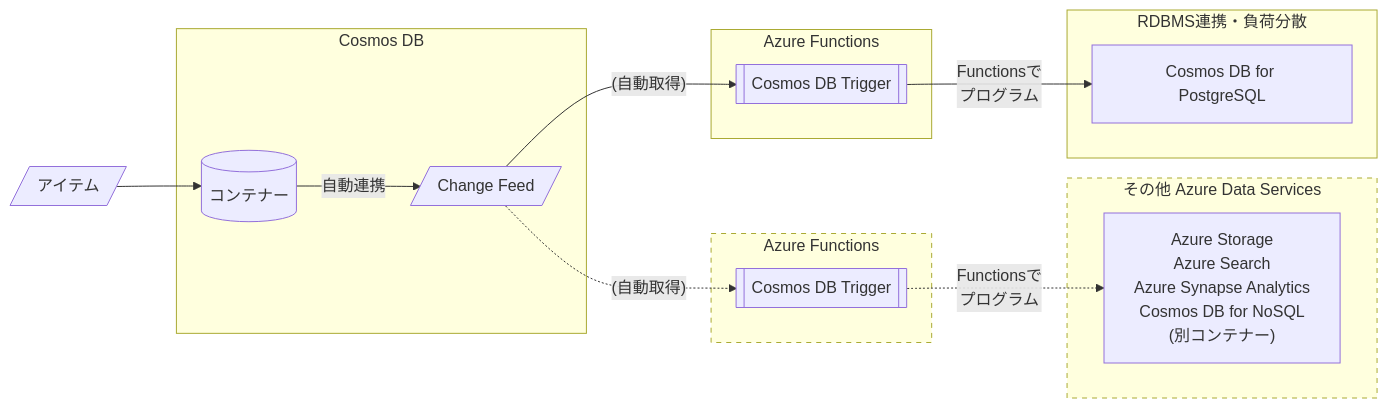
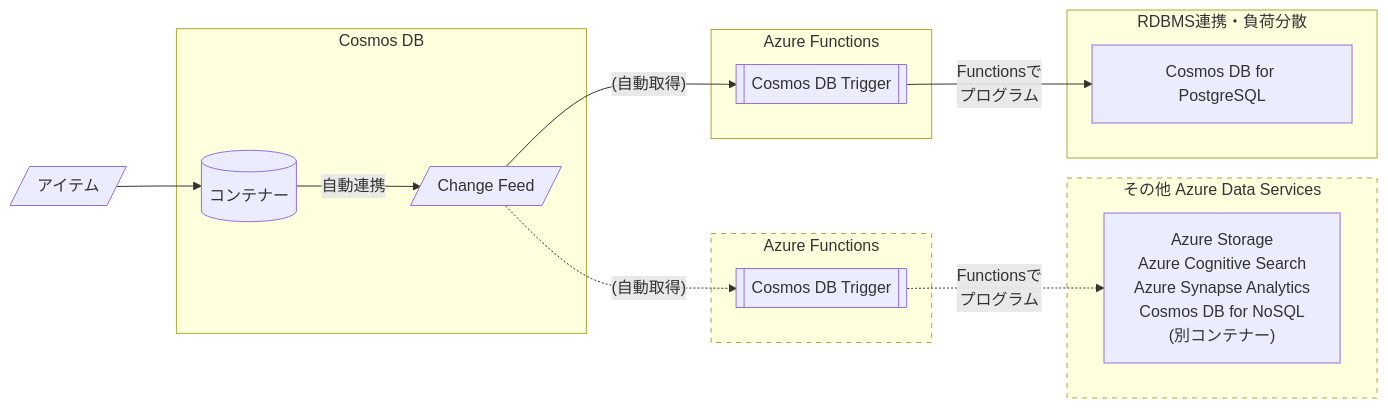
Before and after one commit to tahayaka-microsoft/CosmosDB_NoSQL_Essentials: the third of 5 diagrams in 00_CosmosDB_Essential.md, drawn with Mermaid.

````diff
--- a/00_CosmosDB_Essential.md
+++ b/00_CosmosDB_Essential.md
@@ -380,34 +380,34 @@
 ```mermaid
 graph LR
     1[/"アイテム"/]
     1-->A
     subgraph Cosmos DB
         A[(コンテナー)]
         D[/Change Feed/]
         A--自動連携-->D 
     end
     subgraph af1[Azure Functions]
         B[["Cosmos DB Trigger"]] 
     end
     subgraph af2[Azure Functions]
         F[["Cosmos DB Trigger"]] 
     end
     subgraph ss2["その他 Azure Data Services"]
         E["Azure Storage
-        Azure Search
+        Azure Cognitive Search
         Azure Synapse Analytics
         Cosmos DB for NoSQL
         (別コンテナー)"] 
     end
     subgraph ss1["RDBMS連携・負荷分散"]
         C["Cosmos DB for PostgreSQL"] 
     end
     D --"(自動取得)"--> B
     D -."(自動取得)".-> F
     B --"Functionsで
     プログラム"--> C
     F -."Functionsで
     プログラム".-> E
     style af2 stroke-dasharray: 5 5
     style ss2 stroke-dasharray: 5 5
 ```
````
